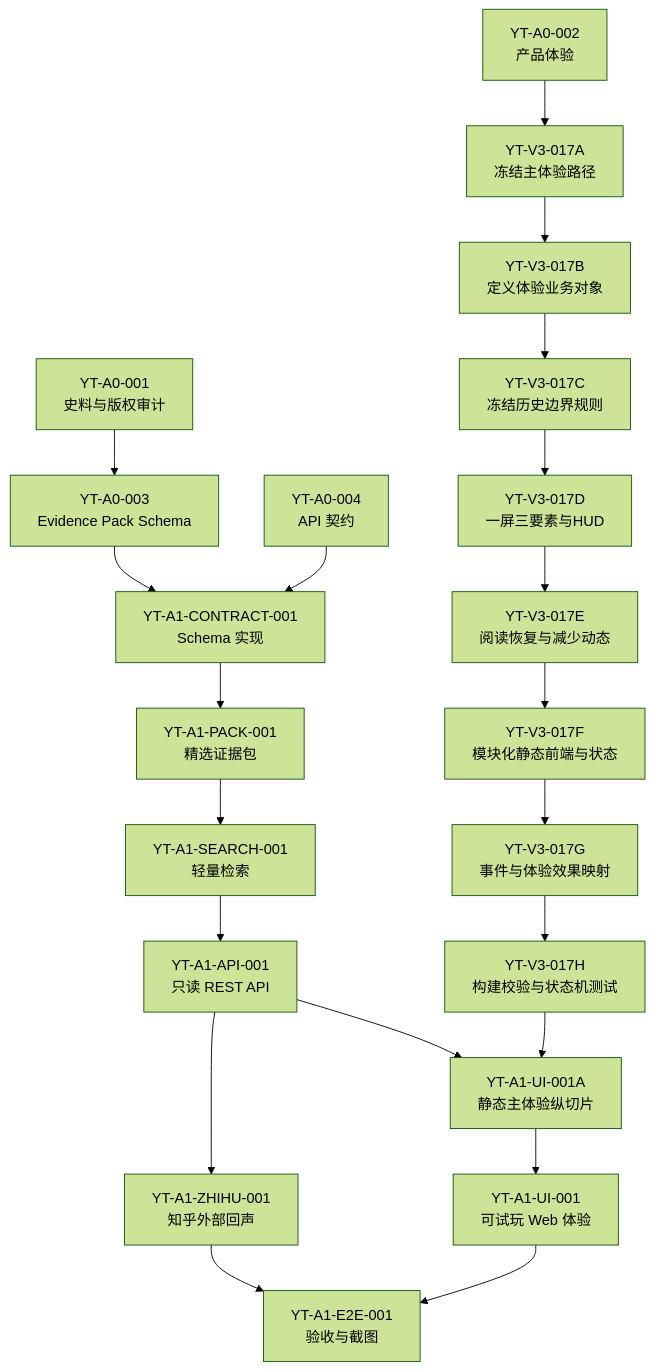
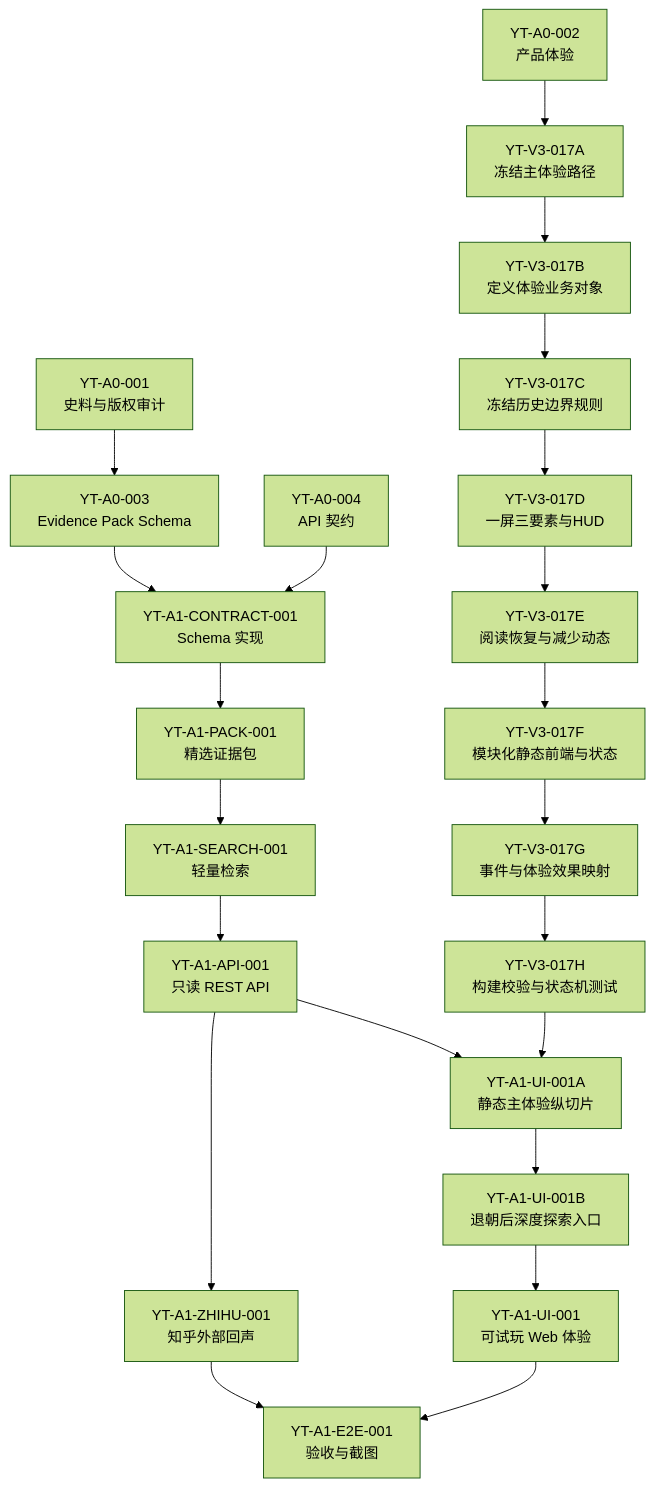
The diagram in docs/YANTIE_TASK_BREAKDOWN.md (baijianqing/yantie-history), drawn with Mermaid (forest theme) before and after one commit. The commit also changed other lines of this file, not shown here.

````diff
--- a/docs/YANTIE_TASK_BREAKDOWN.md
+++ b/docs/YANTIE_TASK_BREAKDOWN.md
@@ -24,24 +24,25 @@
 ```mermaid
 flowchart TB
     A001["YT-A0-001<br/>史料与版权审计"] --> A003["YT-A0-003<br/>Evidence Pack Schema"]
     A002["YT-A0-002<br/>产品体验"]
     A003 --> C001["YT-A1-CONTRACT-001<br/>Schema 实现"]
     A004["YT-A0-004<br/>API 契约"] --> C001
     C001 --> P001["YT-A1-PACK-001<br/>精选证据包"]
     P001 --> S001["YT-A1-SEARCH-001<br/>轻量检索"]
     S001 --> API001["YT-A1-API-001<br/>只读 REST API"]
     API001 --> UI001A["YT-A1-UI-001A<br/>静态主体验纵切片"]
-    UI001A --> UI001["YT-A1-UI-001<br/>可试玩 Web 体验"]
+    UI001A --> UI001B["YT-A1-UI-001B<br/>退朝后深度探索入口"]
+    UI001B --> UI001["YT-A1-UI-001<br/>可试玩 Web 体验"]
     API001 --> ZH001["YT-A1-ZHIHU-001<br/>知乎外部回声"]
     UI001 --> E2E001["YT-A1-E2E-001<br/>验收与截图"]
     ZH001 --> E2E001
     A002 --> V3017A["YT-V3-017A<br/>冻结主体验路径"]
     V3017A --> V3017B["YT-V3-017B<br/>定义体验业务对象"]
     V3017B --> V3017C["YT-V3-017C<br/>冻结历史边界规则"]
     V3017C --> V3017D["YT-V3-017D<br/>一屏三要素与HUD"]
     V3017D --> V3017E["YT-V3-017E<br/>阅读恢复与减少动态"]
     V3017E --> V3017F["YT-V3-017F<br/>模块化静态前端与状态"]
     V3017F --> V3017G["YT-V3-017G<br/>事件与体验效果映射"]
     V3017G --> V3017H["YT-V3-017H<br/>构建校验与状态机测试"]
     V3017H --> UI001A
 ```
````
